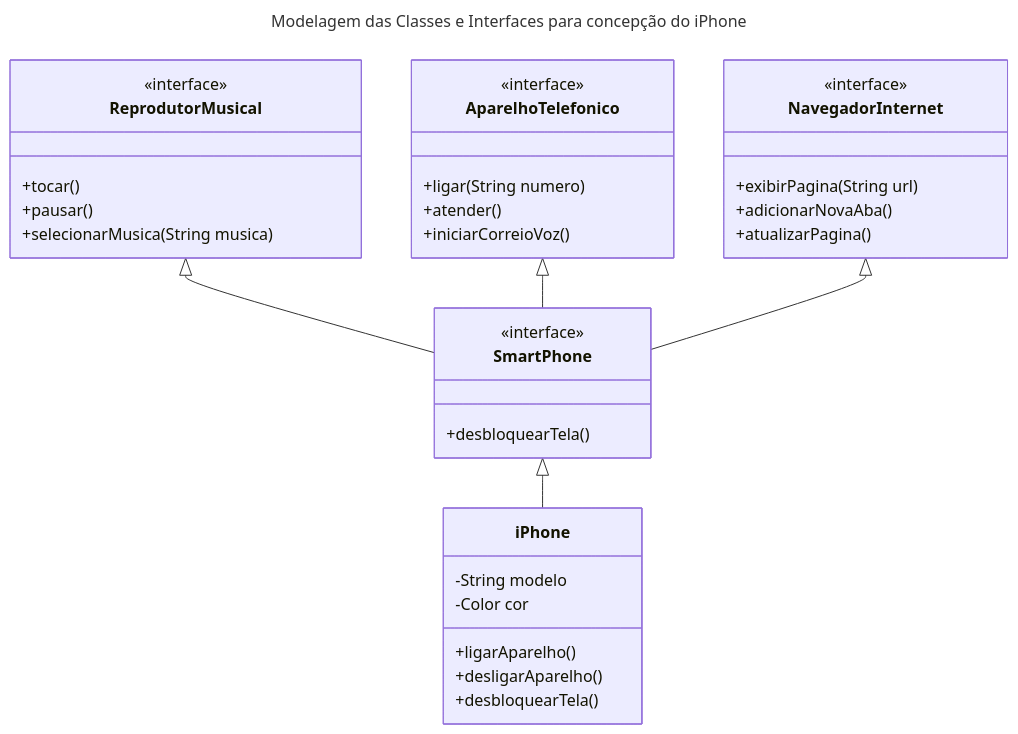
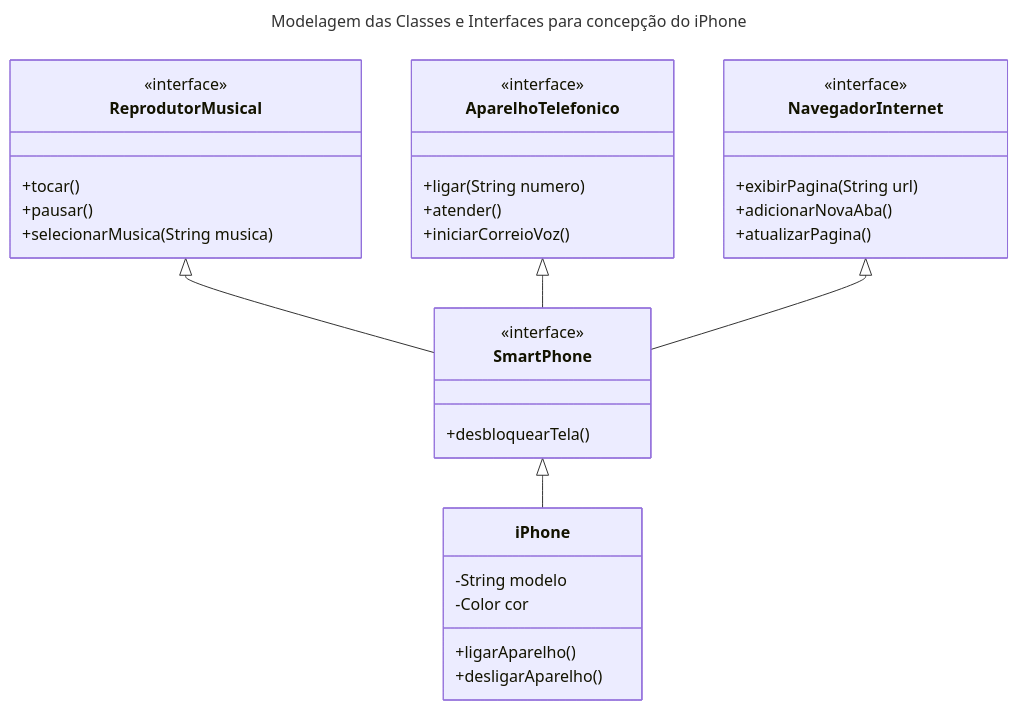
One commit to rprenhol/trilha-java-basico changed the diagram in desafios/poo/DesafioDeProjeto.md. Above: the diagram before and after it, drawn with Mermaid.

````diff
--- a/desafios/poo/DesafioDeProjeto.md
+++ b/desafios/poo/DesafioDeProjeto.md
@@ -9,47 +9,46 @@
 ```mermaid
 ---
 title: Modelagem das Classes e Interfaces para concepção do iPhone
 ---
 
 classDiagram
     class ReprodutorMusical {
         <<interface>>
         +tocar()
         +pausar()
         +selecionarMusica(String musica)
     }
 
     class AparelhoTelefonico {
         <<interface>>
         +ligar(String numero)
         +atender()
         +iniciarCorreioVoz()
     }
 
     class NavegadorInternet {
         <<interface>>
         +exibirPagina(String url)
         +adicionarNovaAba()
         +atualizarPagina()
     }
 
     class SmartPhone {
         <<interface>>
         +desbloquearTela()
     }
 
     class iPhone {
         -String modelo
         -Color cor
 
         +ligarAparelho()
         +desligarAparelho()
-        +desbloquearTela()
     }
 
     ReprodutorMusical <|-- SmartPhone
     AparelhoTelefonico <|-- SmartPhone
     NavegadorInternet <|-- SmartPhone
 
     SmartPhone <|-- iPhone
 ```
````
